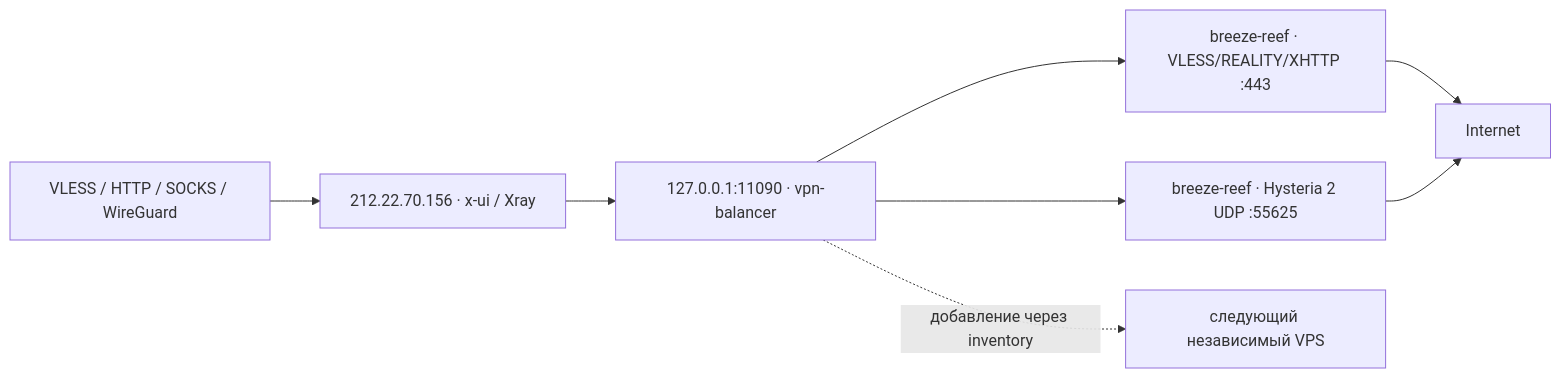
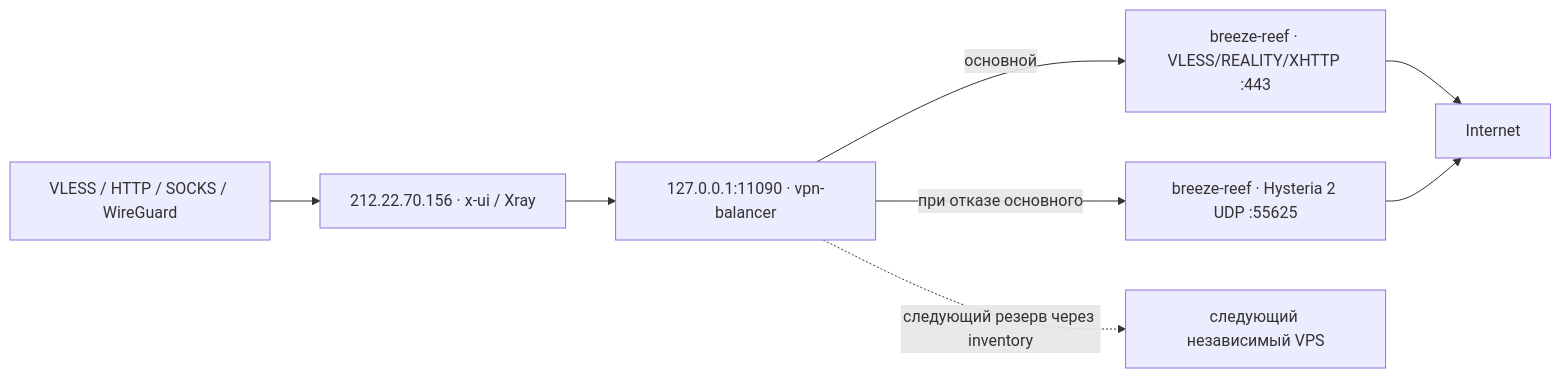
Before and after one commit to Ja1rman/vpn: the diagram in README.md, drawn with Mermaid. The commit also changed other lines of this file and 10 other files, not shown here.

````diff
--- a/README.md
+++ b/README.md
@@ -9,10 +9,10 @@
 ```mermaid
 flowchart LR
     Client["VLESS / HTTP / SOCKS / WireGuard"] --> Entry["212.22.70.156 · x-ui / Xray"]
     Entry --> Pool["127.0.0.1:11090 · vpn-balancer"]
-    Pool --> VLESS["breeze-reef · VLESS/REALITY/XHTTP :443"]
-    Pool --> Hysteria["breeze-reef · Hysteria 2 UDP :55625"]
+    Pool -->|основной| VLESS["breeze-reef · VLESS/REALITY/XHTTP :443"]
+    Pool -->|при отказе основного| Hysteria["breeze-reef · Hysteria 2 UDP :55625"]
     VLESS --> Internet
     Hysteria --> Internet
-    Pool -. "добавление через inventory" .-> Next["следующий независимый VPS"]
+    Pool -. "следующий резерв через inventory" .-> Next["следующий независимый VPS"]
 ```
````
